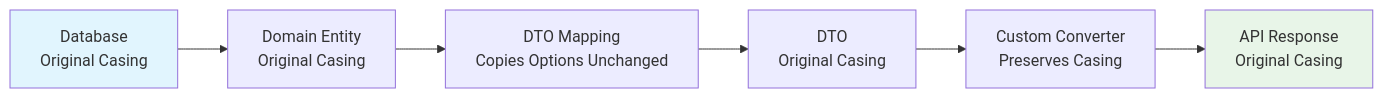
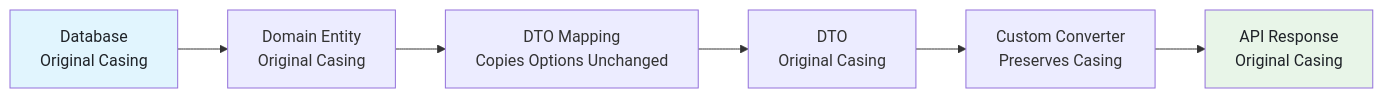
The fourth of 4 diagrams in docs/architecture/workflow-engine/variable-system.md (Inia-AI/inia), drawn with Mermaid before and after one commit. The commit also changed other lines of this file and 63 other files, not shown here.

````diff
--- a/docs/architecture/workflow-engine/variable-system.md
+++ b/docs/architecture/workflow-engine/variable-system.md
@@ -352,11 +352,11 @@
 ```mermaid
 flowchart LR
     A[Database<br/>Original Casing] --> B[Domain Entity<br/>Original Casing]
     B --> C[DTO Mapping<br/>Copies Options Unchanged]
     C --> D[DTO<br/>Original Casing]
     D --> E[Custom Converter<br/>Preserves Casing]
     E --> F[API Response<br/>Original Casing]
 
-    style A fill:#e1f5fe
-    style F fill:#e8f5e8
+    style A fill:#e1f5fe,color:#1f2328
+    style F fill:#e8f5e8,color:#1f2328
 ```
````
